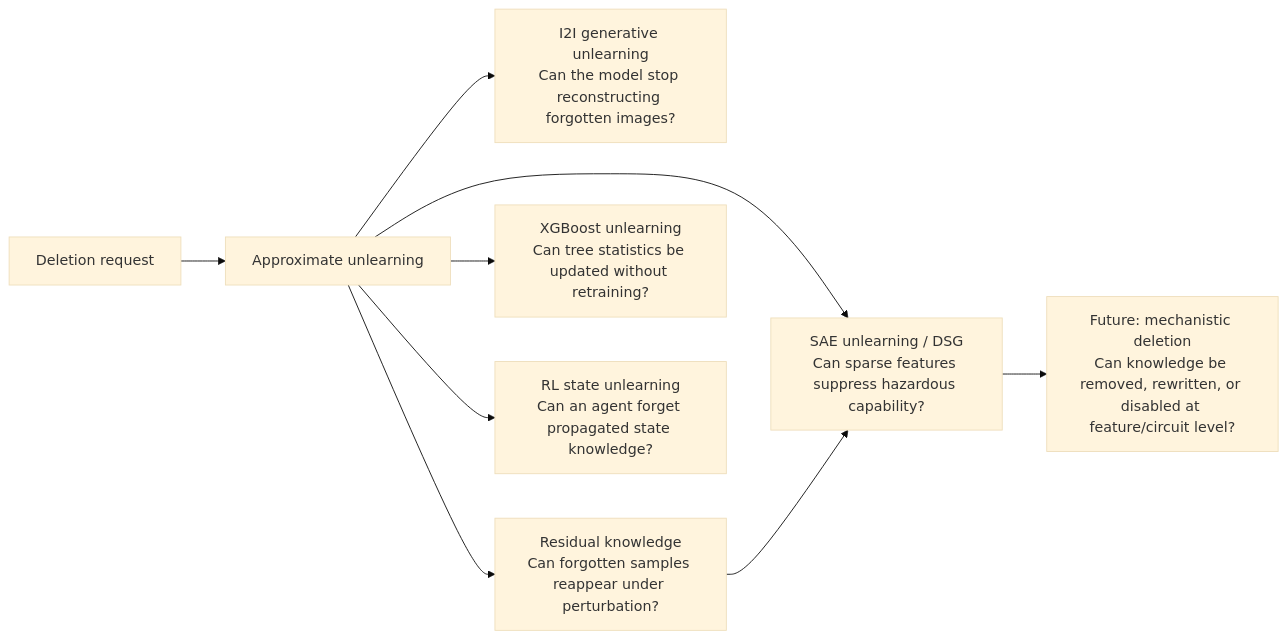
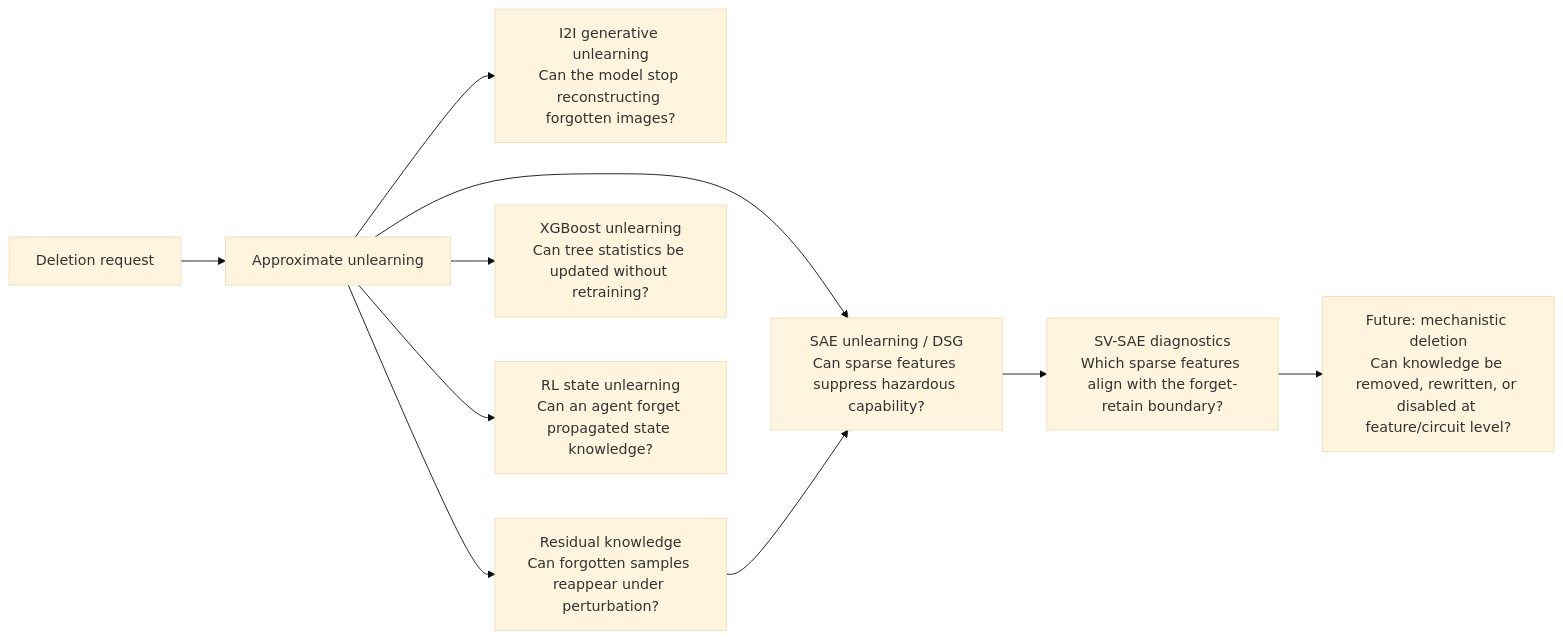
Before and after one commit to HsiangHsu/knowledge-removal: the diagram in README.md, drawn with Mermaid (base theme). The commit also changed other lines of this file, not shown here.

````diff
--- a/README.md
+++ b/README.md
@@ -43,11 +45,12 @@
 ```mermaid
 flowchart LR
     A[Deletion request] --> B[Approximate unlearning]
     B --> C[I2I generative unlearning<br/>Can the model stop reconstructing forgotten images?]
     B --> D[Residual knowledge<br/>Can forgotten samples reappear under perturbation?]
     B --> E[XGBoost unlearning<br/>Can tree statistics be updated without retraining?]
     B --> F[RL state unlearning<br/>Can an agent forget propagated state knowledge?]
     B --> G[SAE unlearning / DSG<br/>Can sparse features suppress hazardous capability?]
+    G --> H[SV-SAE diagnostics<br/>Which sparse features align with the forget-retain boundary?]
     D --> G
-    G --> H[Future: mechanistic deletion<br/>Can knowledge be removed, rewritten, or disabled at feature/circuit level?]
+    H --> I[Future: mechanistic deletion<br/>Can knowledge be removed, rewritten, or disabled at feature/circuit level?]
 ```
````
